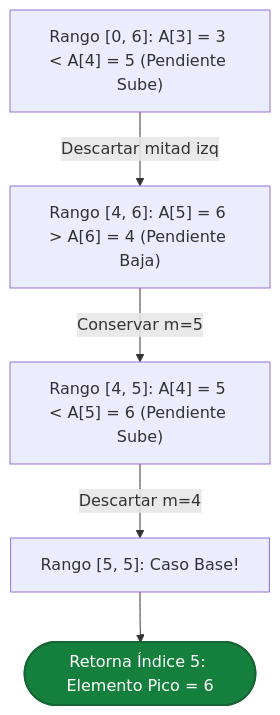
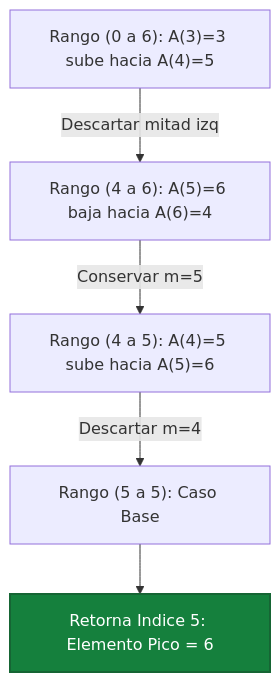
Before and after one commit to nbrian96/tda-2C2026-material: the second of 30 diagrams in guia_tda_parciales.md, drawn with Mermaid. The commit also changed other lines of this file and 21 other files, not shown here.

````diff
--- a/guia_tda_parciales.md
+++ b/guia_tda_parciales.md
@@ -417,8 +416,8 @@
 ```mermaid
 graph TD
-    A["Rango [0, 6]: A[3] = 3 < A[4] = 5 (Pendiente Sube)"] -->|Descartar mitad izq| B["Rango [4, 6]: A[5] = 6 > A[6] = 4 (Pendiente Baja)"]
-    B -->|Conservar m=5| C["Rango [4, 5]: A[4] = 5 < A[5] = 6 (Pendiente Sube)"]
-    C -->|Descartar m=4| D["Rango [5, 5]: Caso Base!"]
-    D --> E(["Retorna Índice 5: Elemento Pico = 6"]):::opt
+    A["Rango (0 a 6): A(3)=3 sube hacia A(4)=5"] -->|Descartar mitad izq| B["Rango (4 a 6): A(5)=6 baja hacia A(6)=4"]
+    B -->|Conservar m=5| C["Rango (4 a 5): A(4)=5 sube hacia A(5)=6"]
+    C -->|Descartar m=4| D["Rango (5 a 5): Caso Base"]
+    D --> E["Retorna Indice 5: Elemento Pico = 6"]:::opt
     classDef opt fill:#15803d,stroke:#166534,stroke-width:2px,color:#fff
 ```
````
